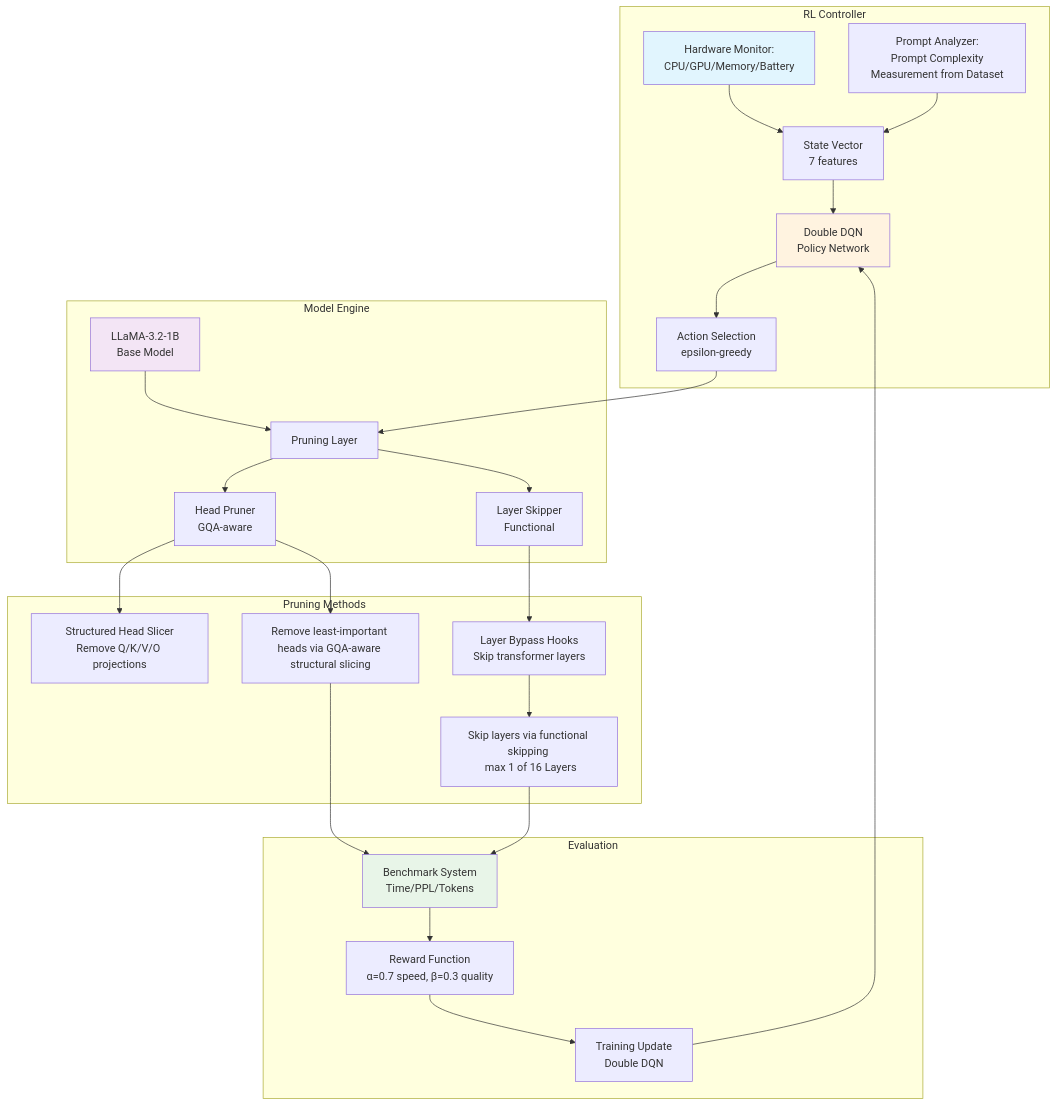
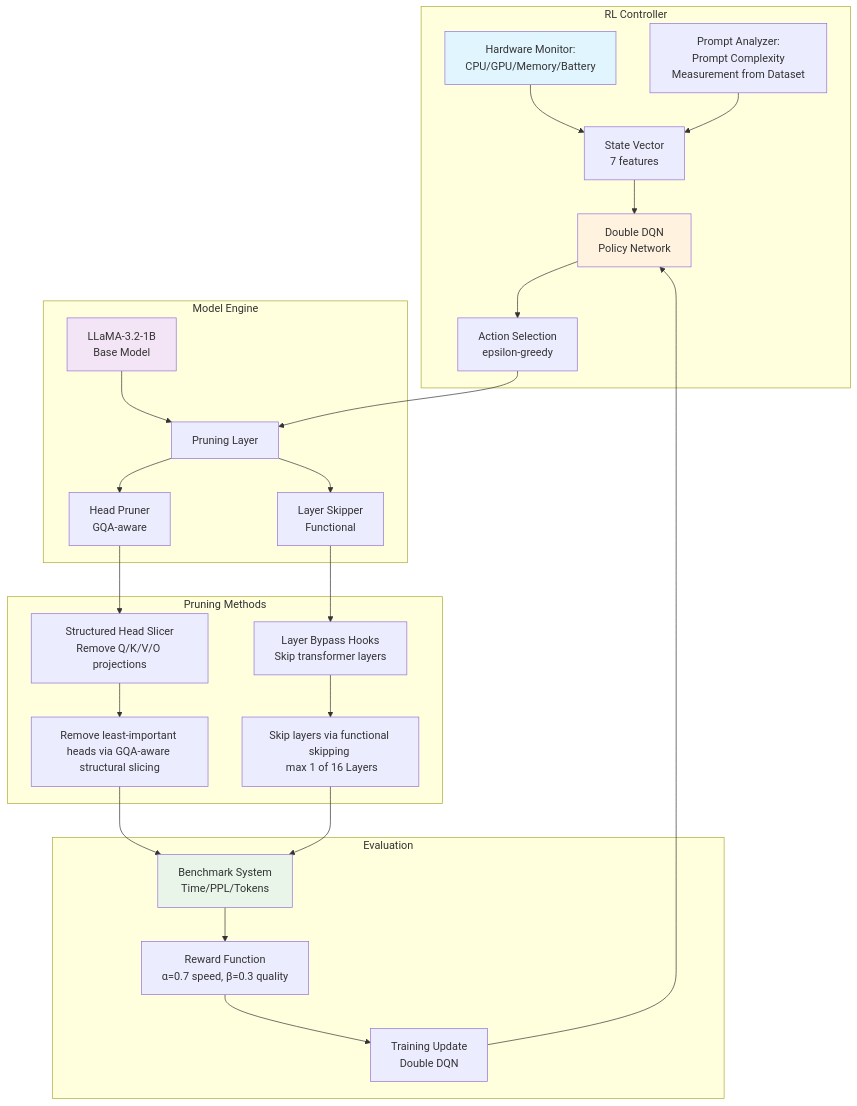
The first of 4 diagrams in README.md (asief-iqbal/Thesis), drawn with Mermaid before and after one commit.

Commit message:
Fix graph connection in pruning methods section

````diff
--- a/README.md
+++ b/README.md
@@ -220,37 +220,37 @@
 ```mermaid
 graph TB
     subgraph "RL Controller"
         A[Hardware Monitor:<br/>CPU/GPU/Memory/Battery] --> B[State Vector<br/>7 features]
         C[Prompt Analyzer:<br/> Prompt Complexity Measurement from Dataset] --> B
         B --> D[Double DQN<br/>Policy Network]
         D --> E[Action Selection<br/>epsilon-greedy]
     end
 
     subgraph "Model Engine"
         F[LLaMA-3.2-1B<br/>Base Model] --> G[Pruning Layer]
         G --> H[Head Pruner<br/>GQA-aware]
         G --> I[Layer Skipper<br/>Functional]
     end
 
     subgraph "Pruning Methods"
         H --> K[Structured Head Slicer<br/>Remove Q/K/V/O projections]
         I --> L[Layer Bypass Hooks<br/>Skip transformer layers]
-        H --> X[Remove least-important heads via GQA-aware structural slicing]
+        K --> X[Remove least-important heads via GQA-aware structural slicing]
         L --> Y[Skip layers via functional skipping <br/> max 1 of 16 Layers]
     end
 
     subgraph "Evaluation"
         N[Benchmark System<br/>Time/PPL/Tokens] --> O[Reward Function<br/>α=0.7 speed, β=0.3 quality]
         O --> P[Training Update<br/>Double DQN]
     end
 
     E --> G
     X --> N
     Y --> N
     P --> D
 
     style A fill:#e1f5fe
     style F fill:#f3e5f5
     style N fill:#e8f5e8
     style D fill:#fff3e0
 ```
````
